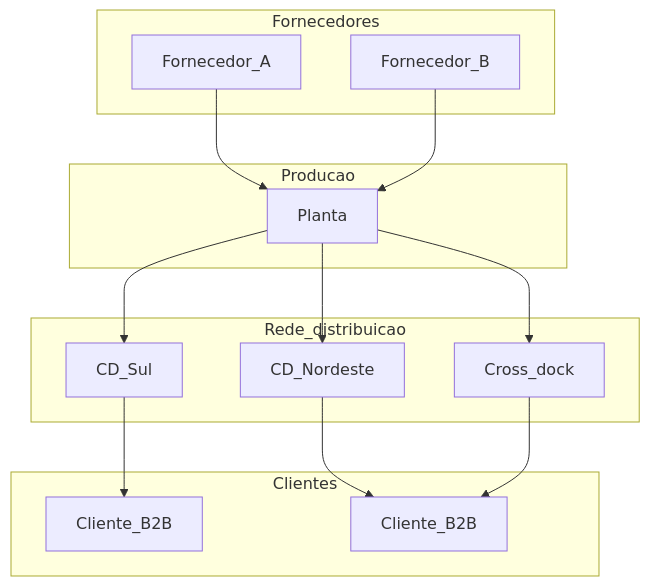
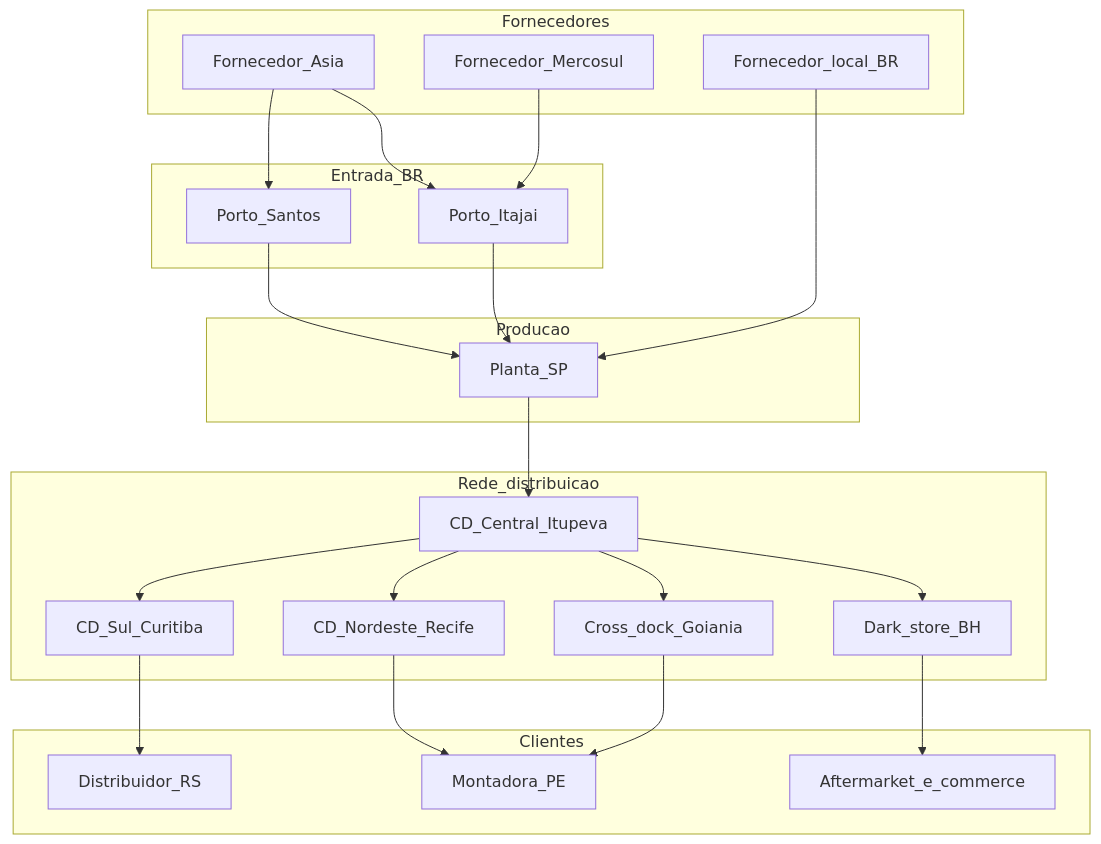
One commit to cleberhensel/logisticon-academy changed the first of 3 diagrams in aulas/trilha-logistica-estrategica/modulo-01-network-design/aula-01-nos-elos-servico-custo-risco.md. Above: the diagram before and after it, drawn with Mermaid. The commit also changed other lines of this file and 122 other files, not shown here.

````diff
--- a/aulas/trilha-logistica-estrategica/modulo-01-network-design/aula-01-nos-elos-servico-custo-risco.md
+++ b/aulas/trilha-logistica-estrategica/modulo-01-network-design/aula-01-nos-elos-servico-custo-risco.md
@@ -42,27 +62,42 @@
 ```mermaid
 flowchart TD
   subgraph fornecedores [Fornecedores]
-    F1[Fornecedor_A]
-    F2[Fornecedor_B]
+    F1[Fornecedor_Asia]
+    F2[Fornecedor_Mercosul]
+    F3[Fornecedor_local_BR]
   end
-  subgraph planta [Producao]
-    P[Planta]
+  subgraph entrada [Entrada_BR]
+    PT[Porto_Santos]
+    PR[Porto_Itajai]
+  end
+  subgraph producao [Producao]
+    P[Planta_SP]
   end
   subgraph rede [Rede_distribuicao]
-    C1[CD_Sul]
-    C2[CD_Nordeste]
-    X[Cross_dock]
+    CDC[CD_Central_Itupeva]
+    CDS[CD_Sul_Curitiba]
+    CDN[CD_Nordeste_Recife]
+    XD[Cross_dock_Goiania]
+    DS[Dark_store_BH]
   end
   subgraph clientes [Clientes]
-    K1[Cliente_B2B]
-    K2[Cliente_B2B]
+    K1[Montadora_PE]
+    K2[Distribuidor_RS]
+    K3[Aftermarket_e_commerce]
   end
-  F1 --> P
-  F2 --> P
-  P --> C1
-  P --> C2
-  P --> X
-  C1 --> K1
-  C2 --> K2
-  X --> K2
+  F1 --> PT
+  F2 --> PR
+  F1 --> PR
+  PT --> P
+  PR --> P
+  F3 --> P
+  P --> CDC
+  CDC --> CDS
+  CDC --> CDN
+  CDC --> XD
+  CDC --> DS
+  XD --> K1
+  CDS --> K2
+  DS --> K3
+  CDN --> K1
 ```
````
